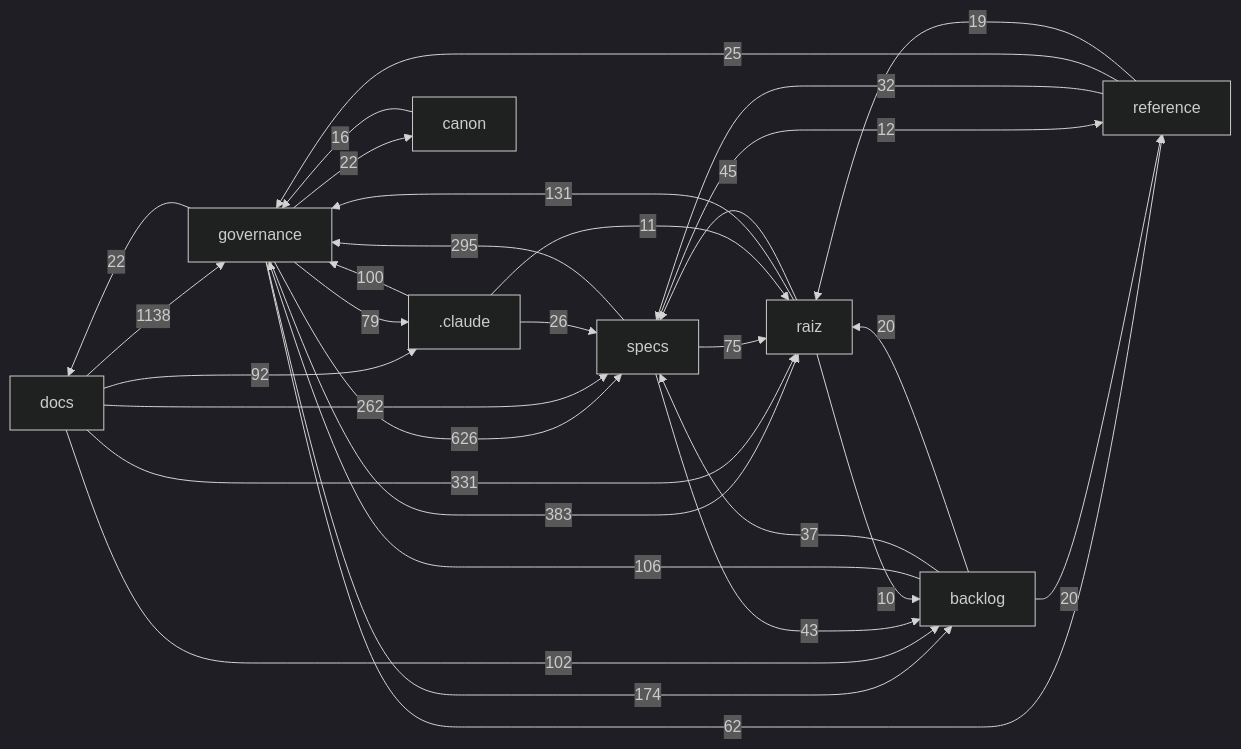
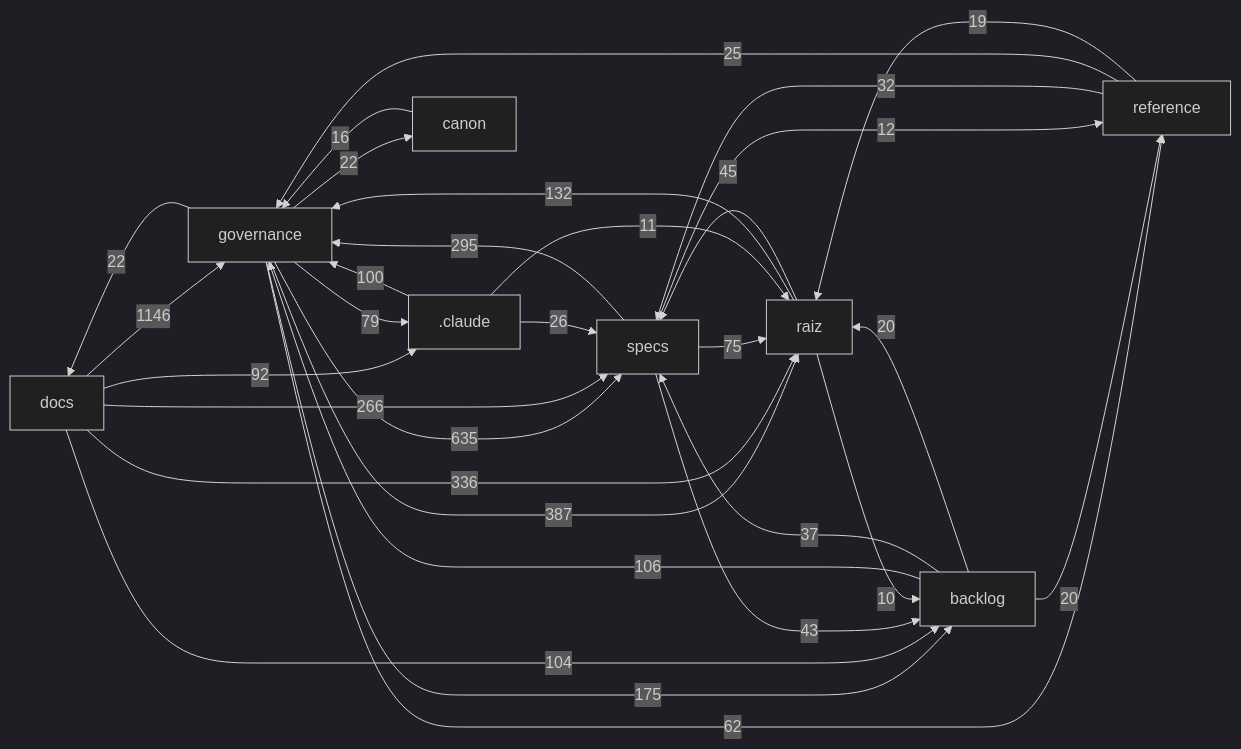
One commit to Andraus35/Sistema-Operacional-de-Trading--SOT changed the diagram in docs/mapa/MAPA-PROJETO.md. Above: the diagram before and after it, drawn with Mermaid (dark theme). The commit also changed other lines of this file and 4 other files, not shown here.

````diff
--- a/docs/mapa/MAPA-PROJETO.md
+++ b/docs/mapa/MAPA-PROJETO.md
@@ -29,33 +29,33 @@
 ```mermaid
 flowchart LR
-  docs["docs"] -->|1138| governance["governance"]
-  governance["governance"] -->|626| specs["specs"]
-  governance["governance"] -->|383| raiz["raiz"]
-  docs["docs"] -->|331| raiz["raiz"]
+  docs["docs"] -->|1146| governance["governance"]
+  governance["governance"] -->|635| specs["specs"]
+  governance["governance"] -->|387| raiz["raiz"]
+  docs["docs"] -->|336| raiz["raiz"]
   specs["specs"] -->|295| governance["governance"]
-  docs["docs"] -->|262| specs["specs"]
-  governance["governance"] -->|174| backlog["backlog"]
-  raiz["raiz"] -->|131| governance["governance"]
+  docs["docs"] -->|266| specs["specs"]
+  governance["governance"] -->|175| backlog["backlog"]
+  raiz["raiz"] -->|132| governance["governance"]
   backlog["backlog"] -->|106| governance["governance"]
-  docs["docs"] -->|102| backlog["backlog"]
+  docs["docs"] -->|104| backlog["backlog"]
   _claude[".claude"] -->|100| governance["governance"]
   docs["docs"] -->|92| _claude[".claude"]
   governance["governance"] -->|79| _claude[".claude"]
   specs["specs"] -->|75| raiz["raiz"]
   governance["governance"] -->|62| reference["reference"]
   raiz["raiz"] -->|45| specs["specs"]
   specs["specs"] -->|43| backlog["backlog"]
   backlog["backlog"] -->|37| specs["specs"]
   reference["reference"] -->|32| specs["specs"]
   _claude[".claude"] -->|26| specs["specs"]
   reference["reference"] -->|25| governance["governance"]
   governance["governance"] -->|22| docs["docs"]
   governance["governance"] -->|22| canon["canon"]
   backlog["backlog"] -->|20| raiz["raiz"]
   backlog["backlog"] -->|20| reference["reference"]
   reference["reference"] -->|19| raiz["raiz"]
   canon["canon"] -->|16| governance["governance"]
   specs["specs"] -->|12| reference["reference"]
   _claude[".claude"] -->|11| raiz["raiz"]
   raiz["raiz"] -->|10| backlog["backlog"]
 ```
````
